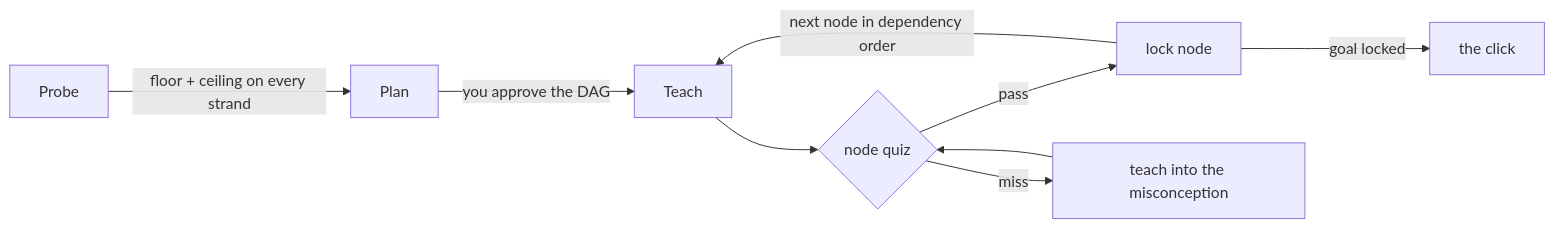
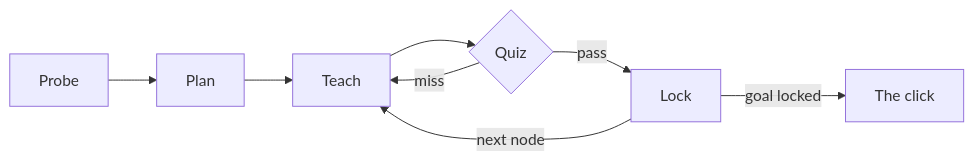
The diagram in README.md (jicanta/derive), drawn with Mermaid before and after one commit.

Commit message:
README: compact lesson flowchart that fits GitHub's column
Claude-Session: https://claude.ai/code/session_01RhCUWXWszHa6C5gmHQkny7

````diff
--- a/README.md
+++ b/README.md
@@ -94,11 +94,8 @@
 ```mermaid
 flowchart LR
-  A[Probe] -->|floor + ceiling on every strand| B[Plan]
-  B -->|you approve the DAG| C[Teach]
-  C --> D{node quiz}
-  D -->|pass| E[lock node]
-  D -->|miss| F[teach into the misconception]
-  F --> D
-  E -->|next node in dependency order| C
-  E -->|goal locked| G[the click]
+  A[Probe] --> B[Plan] --> C[Teach] --> D{Quiz}
+  D -->|pass| E[Lock]
+  D -->|miss| C
+  E -->|next node| C
+  E -->|goal locked| G[The click]
 ```
````
